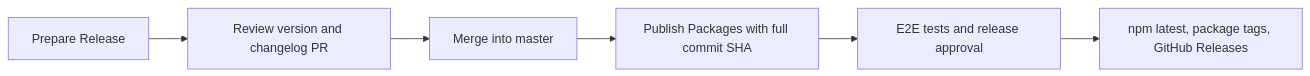
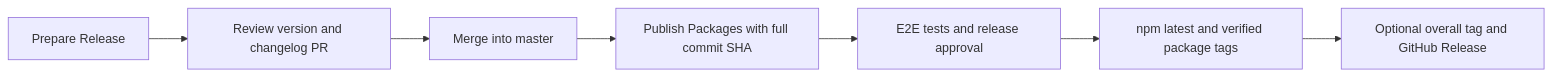
One commit to suites-dev/unit changed the diagram in RELEASING.md. Above: the diagram before and after it, drawn with Mermaid. The commit also changed other lines of this file and 6 other files, not shown here.

Commit message:
ci(release): sign package tags and add verified overall releases

````diff
--- a/RELEASING.md
+++ b/RELEASING.md
@@ -5,8 +5,9 @@
 ```mermaid
 flowchart LR
   A[Prepare Release] --> B[Review version and changelog PR]
   B --> C[Merge into master]
   C --> D[Publish Packages with full commit SHA]
   D --> E[E2E tests and release approval]
-  E --> F[npm latest, package tags, GitHub Releases]
+  E --> F[npm latest and verified package tags]
+  F --> G[Optional overall tag and GitHub Release]
 ```
````
